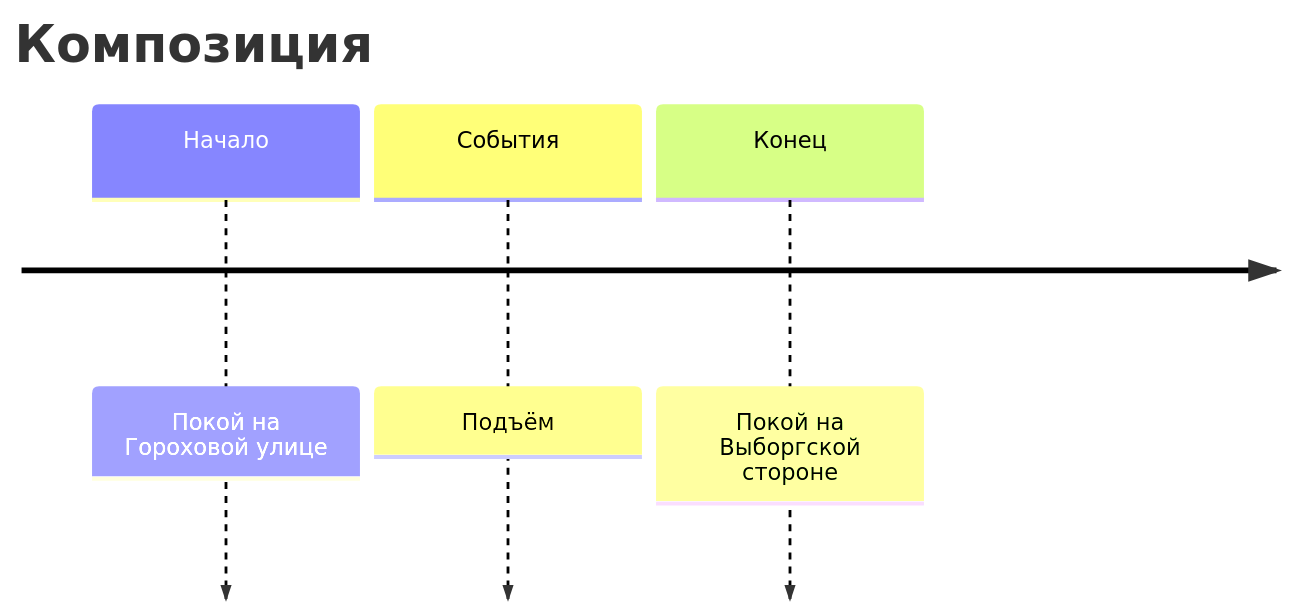
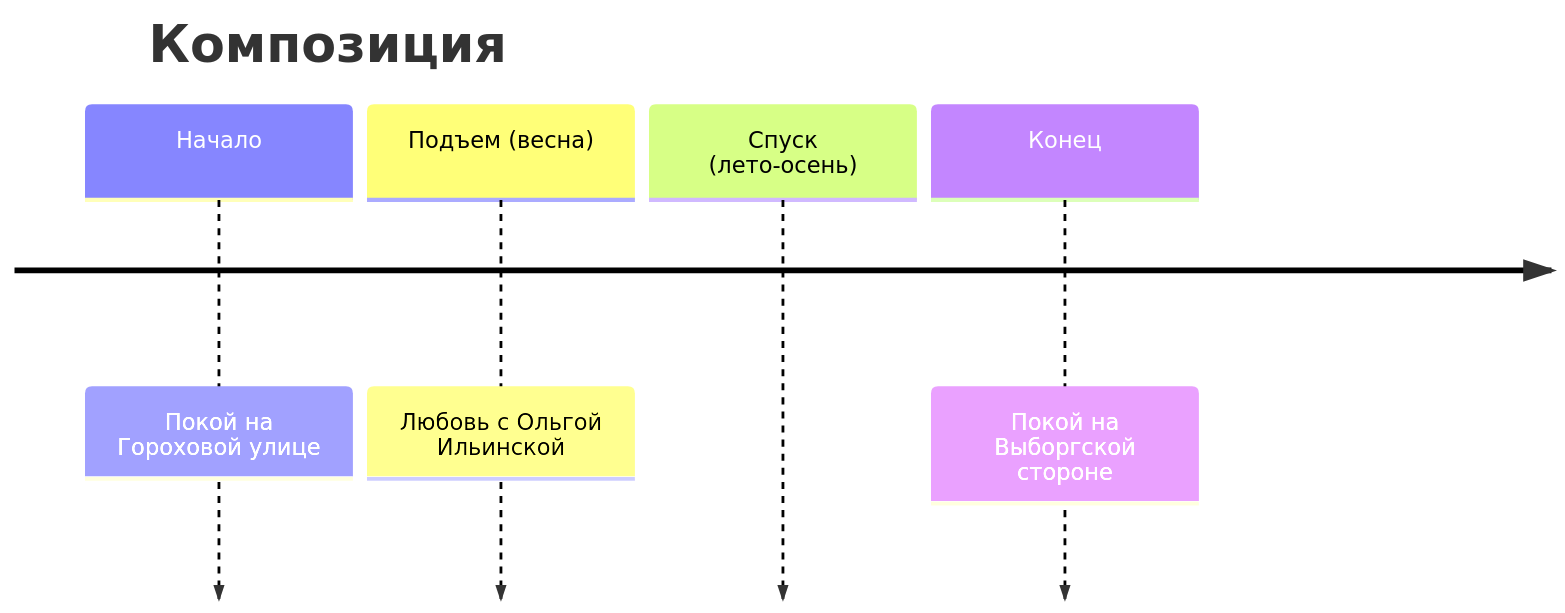
One commit to anonimous-vsosh/lit changed the first of 2 diagrams in Обломов/README.md. Above: the diagram before and after it, drawn with Mermaid. The commit also changed other lines of this file, not shown here.

````diff
--- a/Обломов/README.md
+++ b/Обломов/README.md
@@ -42,7 +42,8 @@
 ```mermaid
 timeline
     title Композиция
     Начало: Покой на Гороховой улице
-    События: Подъём
+    Подъем (весна): Любовь с Ольгой Ильинской
+    Спуск (лето-осень)
     Конец: Покой на Выборгской стороне
 ```
````
